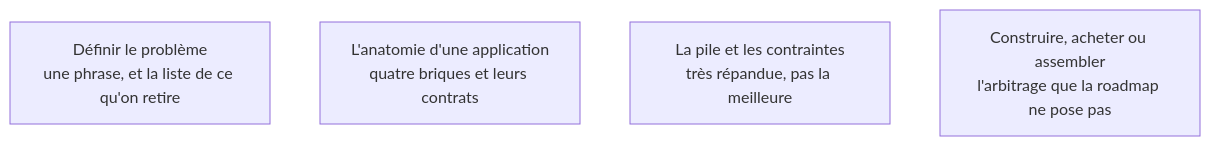
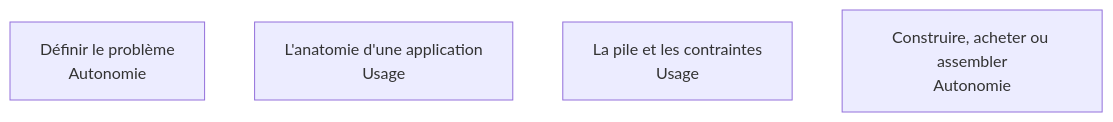
One commit to floSa/Atlas-Metiers-Roadmaps changed the diagram in content/parcours/ai-product-builder/cadrage-et-arbitrage/index.md. Above: the diagram before and after it, drawn with Mermaid. The commit also changed other lines of this file and 7 other files, not shown here.

````diff
--- a/content/parcours/ai-product-builder/cadrage-et-arbitrage/index.md
+++ b/content/parcours/ai-product-builder/cadrage-et-arbitrage/index.md
@@ -11,12 +11,12 @@
 ```mermaid
 flowchart TD
-  D["Définir le problème<br/>une phrase, et la liste de ce qu'on retire"]
-  A["L'anatomie d'une application<br/>quatre briques et leurs contrats"]
-  P["La pile et les contraintes<br/>très répandue, pas la meilleure"]
-  B["Construire, acheter ou assembler<br/>l'arbitrage que la roadmap ne pose pas"]
+  D["Définir le problème<br/>Autonomie"]
+  A["L'anatomie d'une application<br/>Usage"]
+  P["La pile et les contraintes<br/>Usage"]
+  B["Construire, acheter ou assembler<br/>Autonomie"]
 
   click D "/parcours/ai-product-builder/cadrage-et-arbitrage/definir-le-probleme"
   click A "/parcours/ai-product-builder/cadrage-et-arbitrage/l-anatomie-d-une-application"
   click P "/parcours/ai-product-builder/cadrage-et-arbitrage/la-pile-et-les-contraintes"
   click B "/parcours/ai-product-builder/cadrage-et-arbitrage/construire-acheter-assembler"
 ```
````
